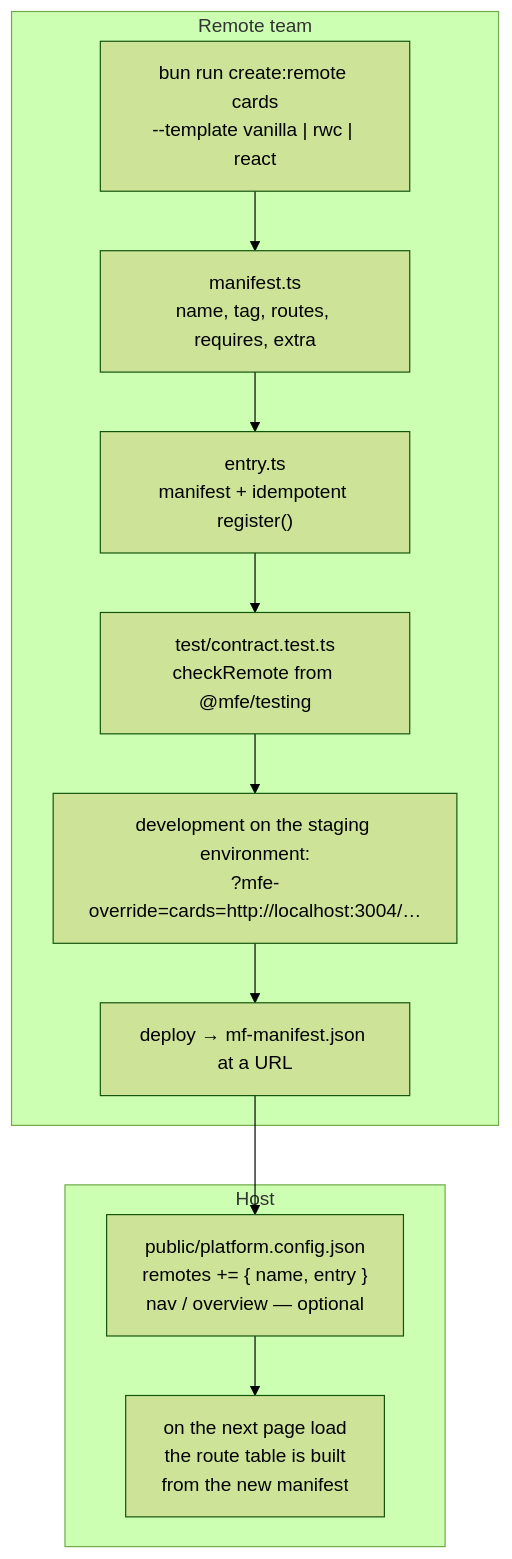
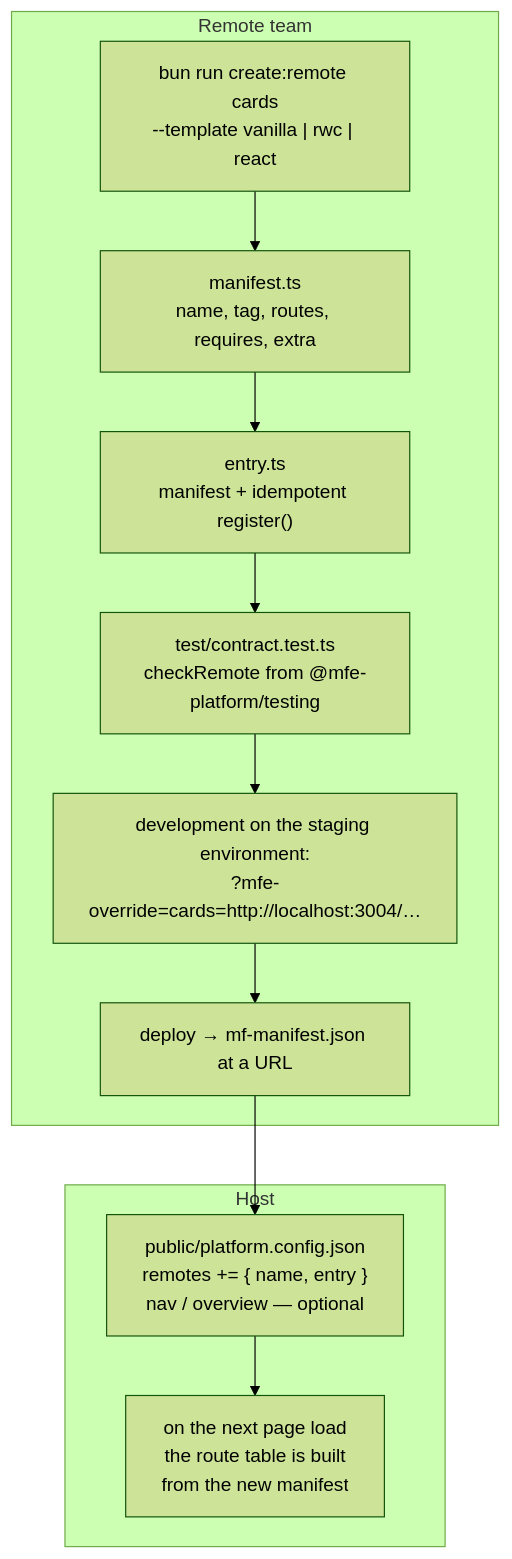
One commit to tamazyanarsen/mfe-platform changed the ninth of 9 diagrams in docs/en/architecture.md. Above: the diagram before and after it, drawn with Mermaid (forest theme). The commit also changed other lines of this file and 106 other files, not shown here.

First line of the commit message:
refactor: scope @mfe-platform, сборка ремоута — пакет @mfe-platform/rsbuild

````diff
--- a/docs/en/architecture.md
+++ b/docs/en/architecture.md
@@ -353,20 +353,20 @@
 ```mermaid
 flowchart TB
   subgraph team["Remote team"]
     a0["bun run create:remote cards<br/>--template vanilla | rwc | react"]
     a1["manifest.ts<br/>name, tag, routes, requires, extra"]
     a2["entry.ts<br/>manifest + idempotent register()"]
-    a3["test/contract.test.ts<br/>checkRemote from @mfe/testing"]
+    a3["test/contract.test.ts<br/>checkRemote from @mfe-platform/testing"]
     a5["development on the staging environment:<br/>?mfe-override=cards=http://localhost:3004/…"]
     a4["deploy → mf-manifest.json at a URL"]
     a0 --> a1 --> a2 --> a3 --> a5 --> a4
   end
 
   subgraph platform["Host"]
     b1["public/platform.config.json<br/>remotes += { name, entry }<br/>nav / overview — optional"]
     b2["on the next page load<br/>the route table is built<br/>from the new manifest"]
     b1 --> b2
   end
 
   a4 --> b1
 ```
````
